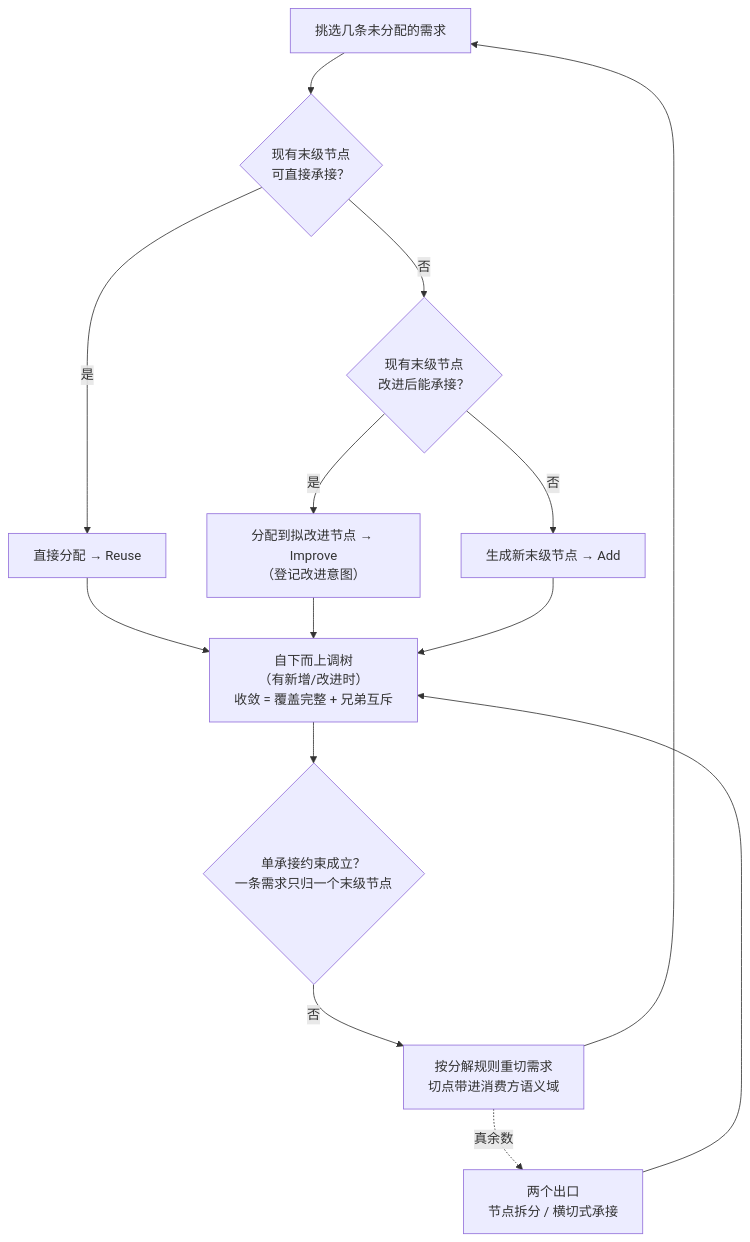
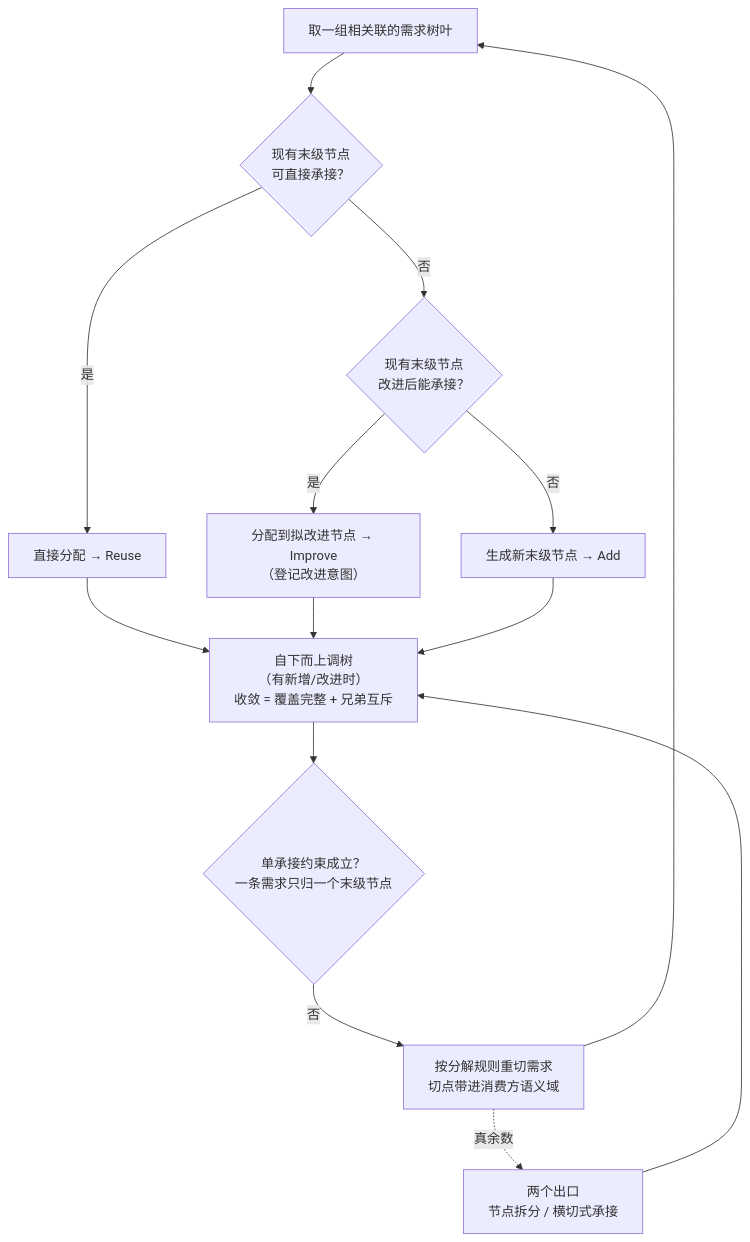
The third of 4 diagrams in 50-research/00-系统工程相关研究报告/20-由需求开发方案研究报告-需求方案对与两阶段设计算法.md (Yongjunzhou/AOS-system-design), drawn with Mermaid before and after one commit. The commit also changed other lines of this file and 2 other files, not shown here.

````diff
--- a/50-research/00-系统工程相关研究报告/20-由需求开发方案研究报告-需求方案对与两阶段设计算法.md
+++ b/50-research/00-系统工程相关研究报告/20-由需求开发方案研究报告-需求方案对与两阶段设计算法.md
@@ -165,16 +222,16 @@
 ```mermaid
 flowchart TD
-    A["挑选几条未分配的需求"] --> B{"现有末级节点<br/>可直接承接？"}
+    A["取一组相关联的需求树叶"] --> B{"现有末级节点<br/>可直接承接？"}
     B -- 是 --> C["直接分配 → Reuse"]
     B -- 否 --> D{"现有末级节点<br/>改进后能承接？"}
     D -- 是 --> E["分配到拟改进节点 → Improve<br/>（登记改进意图）"]
     D -- 否 --> F["生成新末级节点 → Add"]
     C --> G["自下而上调树<br/>（有新增/改进时）<br/>收敛 = 覆盖完整 + 兄弟互斥"]
     E --> G
     F --> G
     G --> H{"单承接约束成立？<br/>一条需求只归一个末级节点"}
     H -- 否 --> I["按分解规则重切需求<br/>切点带进消费方语义域"]
     I --> A
     I -.->|"真余数"| K["两个出口<br/>节点拆分 / 横切式承接"]
     K --> G
 ```
````
